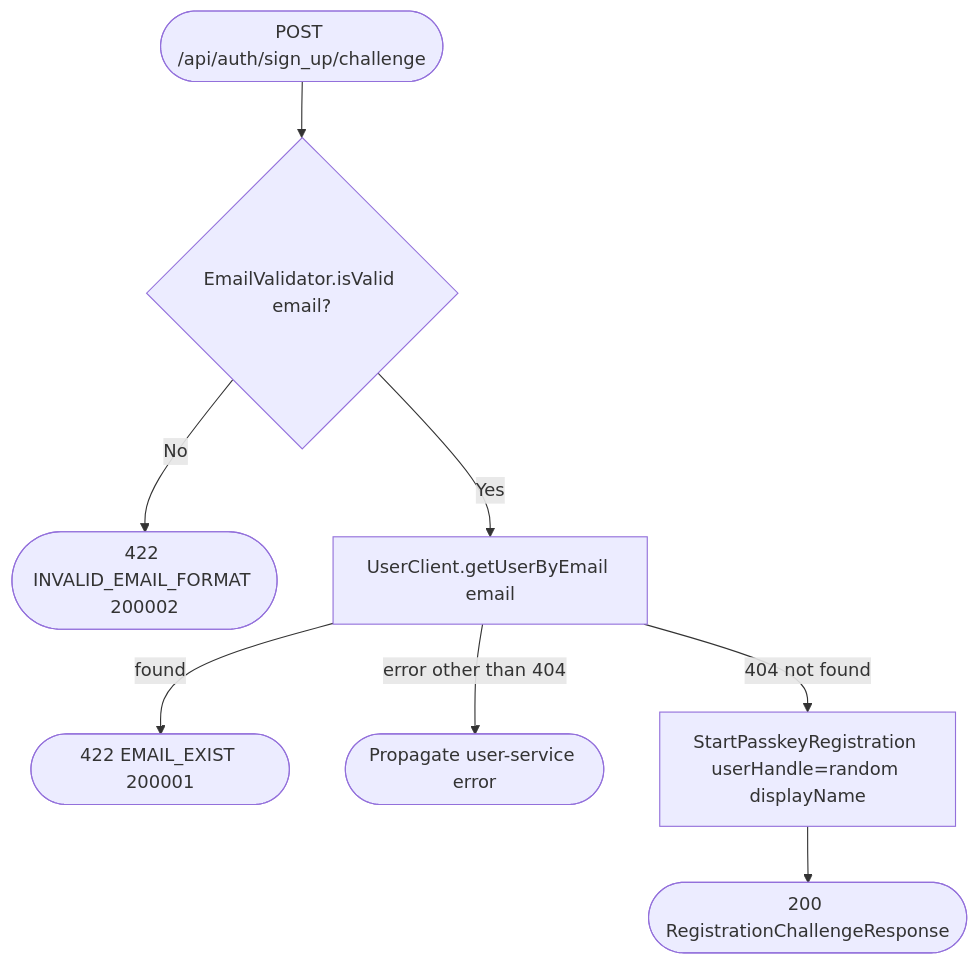
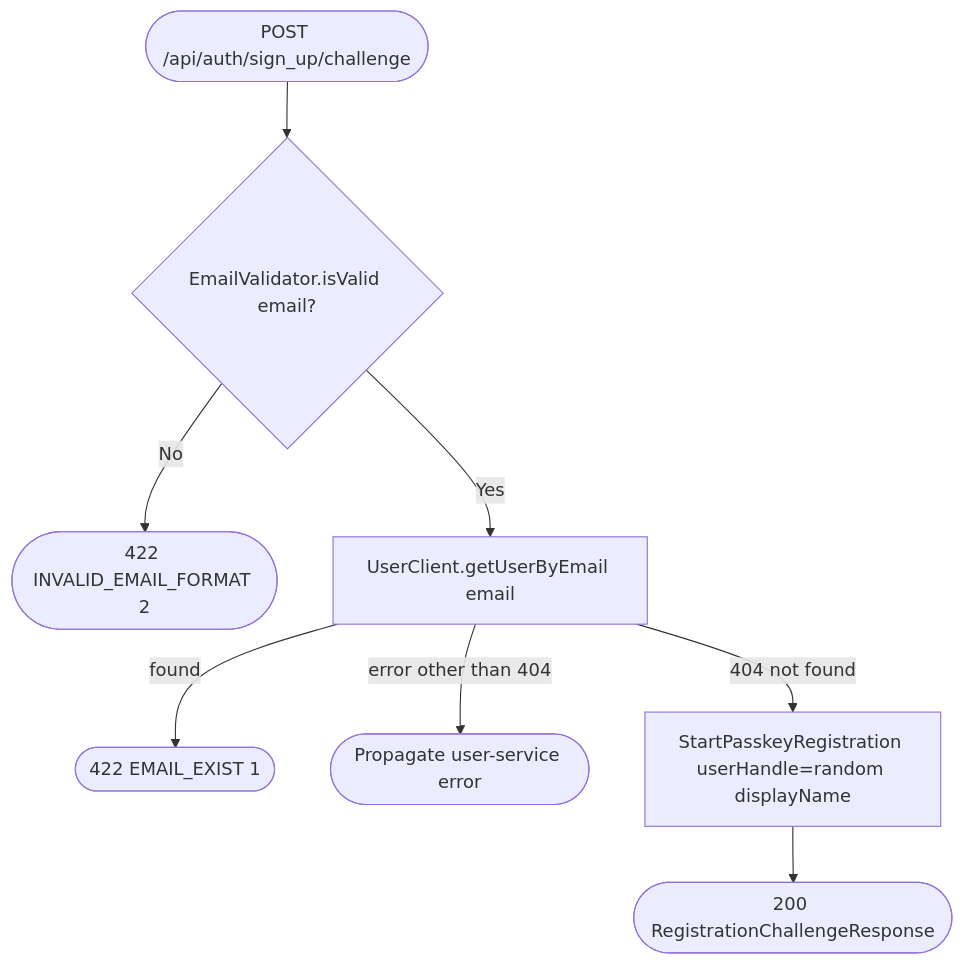
The diagram in docs/operations/authorization/sign-up-challenge.md (nocturneproperties/bookkme), drawn with Mermaid before and after one commit. The commit also changed 97 other files, not shown here.

````diff
--- a/docs/operations/authorization/sign-up-challenge.md
+++ b/docs/operations/authorization/sign-up-challenge.md
@@ -10,10 +10,10 @@
 ```mermaid
 flowchart TD
     Start([POST /api/auth/sign_up/challenge]) --> EmailFormat{EmailValidator.isValid email?}
-    EmailFormat -- No --> R422a([422 INVALID_EMAIL_FORMAT 200002])
+    EmailFormat -- No --> R422a([422 INVALID_EMAIL_FORMAT 2])
     EmailFormat -- Yes --> LookupUser[UserClient.getUserByEmail email]
-    LookupUser -- found --> R422b([422 EMAIL_EXIST 200001])
+    LookupUser -- found --> R422b([422 EMAIL_EXIST 1])
     LookupUser -- error other than 404 --> RErr([Propagate user-service error])
     LookupUser -- 404 not found --> StartPasskey[StartPasskeyRegistration userHandle=random displayName]
     StartPasskey --> R200([200 RegistrationChallengeResponse])
 ```
````
